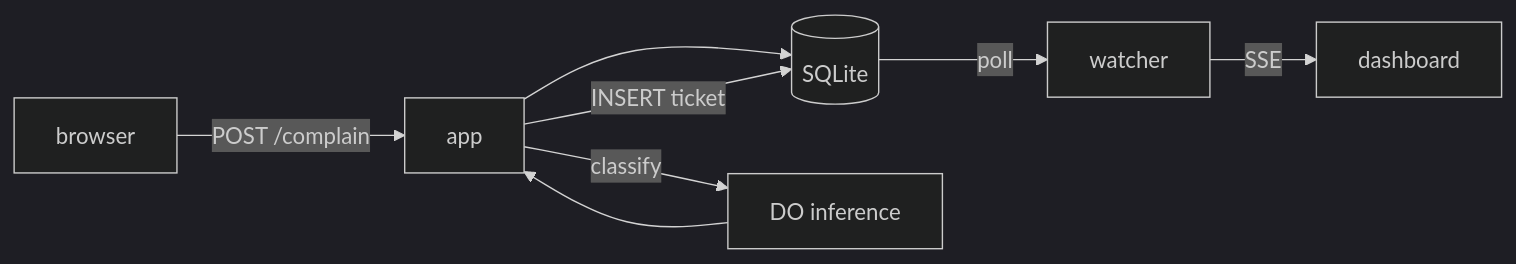
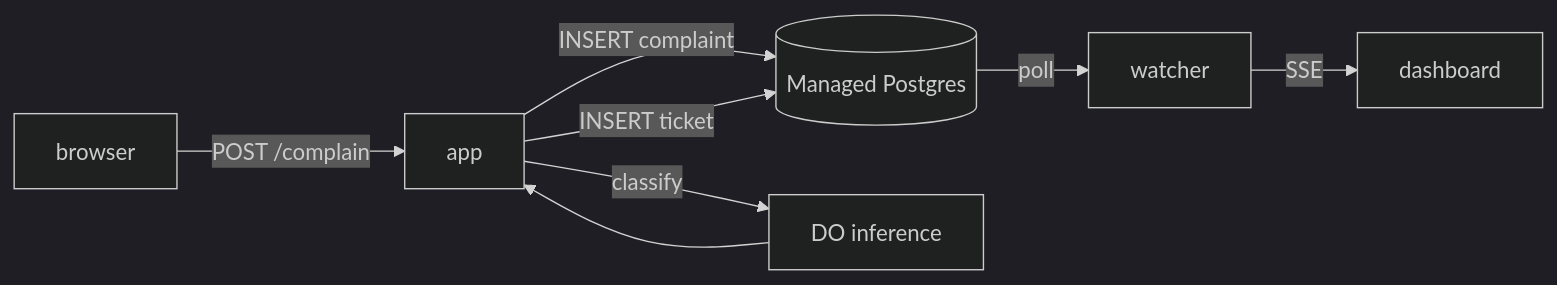
Before and after one commit to hgonzalez-do/facility_issue_demo: the first of 2 diagrams in docs/ARCHITECTURE.md, drawn with Mermaid (dark theme). The commit also changed other lines of this file and 18 other files, not shown here.

First line of the commit message:
Drop SQLite; run against Managed Postgres everywhere

````diff
--- a/docs/ARCHITECTURE.md
+++ b/docs/ARCHITECTURE.md
@@ -12,9 +12,9 @@
 ```mermaid
 flowchart LR
     B[browser] -->|POST /complain| A[app]
-    A --> C[(SQLite)]
+    A -->|INSERT complaint| PG[(Managed Postgres)]
     A -->|classify| I[DO inference]
     I --> A
-    A -->|INSERT ticket| C
-    C -->|poll| W[watcher] -->|SSE| D[dashboard]
+    A -->|INSERT ticket| PG
+    PG -->|poll| W[watcher] -->|SSE| D[dashboard]
 ```
````
